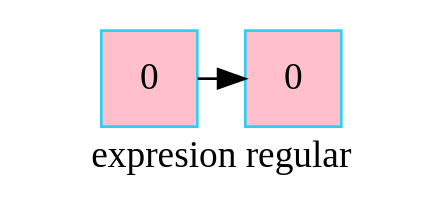
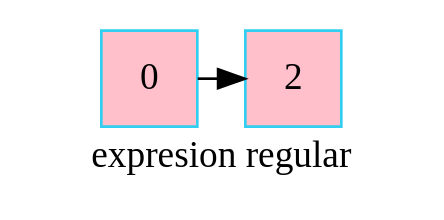
Before and after one commit to betebetoven/EDDS2F2: the diagram in grafo.dot, drawn with Graphviz. The commit also changed 14 other files, not shown here.

```diff
--- a/grafo.dot
+++ b/grafo.dot
@@ -1,13 +1,13 @@
 digraph G
 {label="expresion regular"
         node[shape = square]
         node[style = filled]
         node[fillcolor = "#EEEEE"]
         node[color = "#EEEEE"]
         node[color = "#31CEF0"]
 
-2029351078160 [label="0",fillcolor ="pink"]
-2029350669664 [label="0",fillcolor ="pink"]
-2029351078160-> 2029350669664
- {rank=same; 2029351078160;2029350669664;}
+2386077941184 [label="0",fillcolor ="pink"]
+2386077289968 [label="2",fillcolor ="pink"]
+2386077941184-> 2386077289968
+ {rank=same; 2386077941184;2386077289968;}
  }
```
